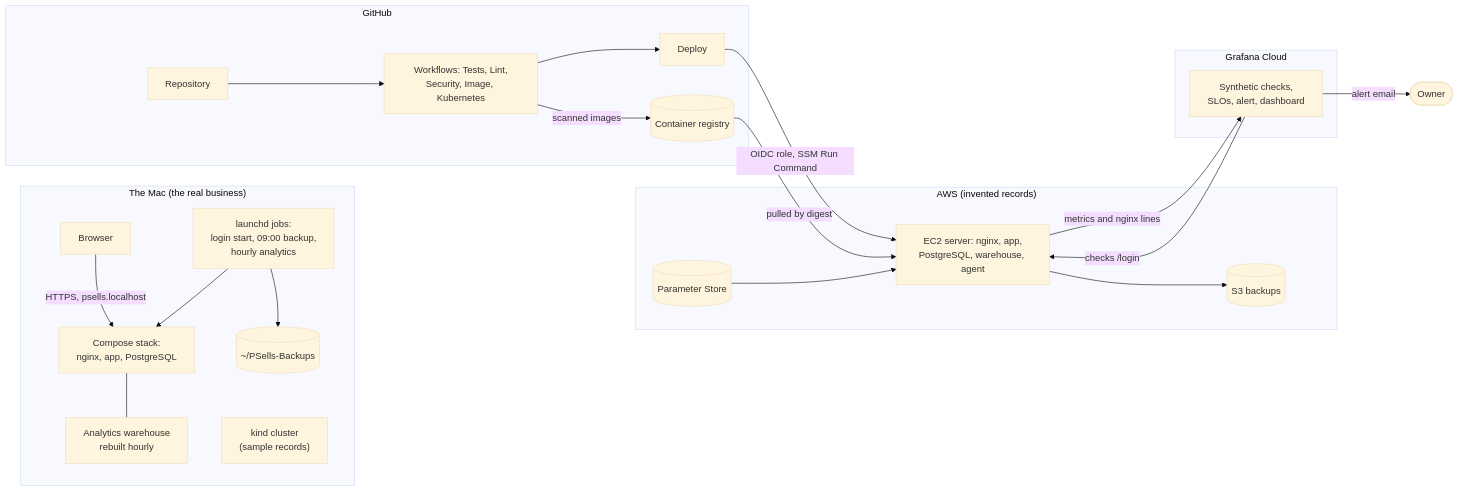
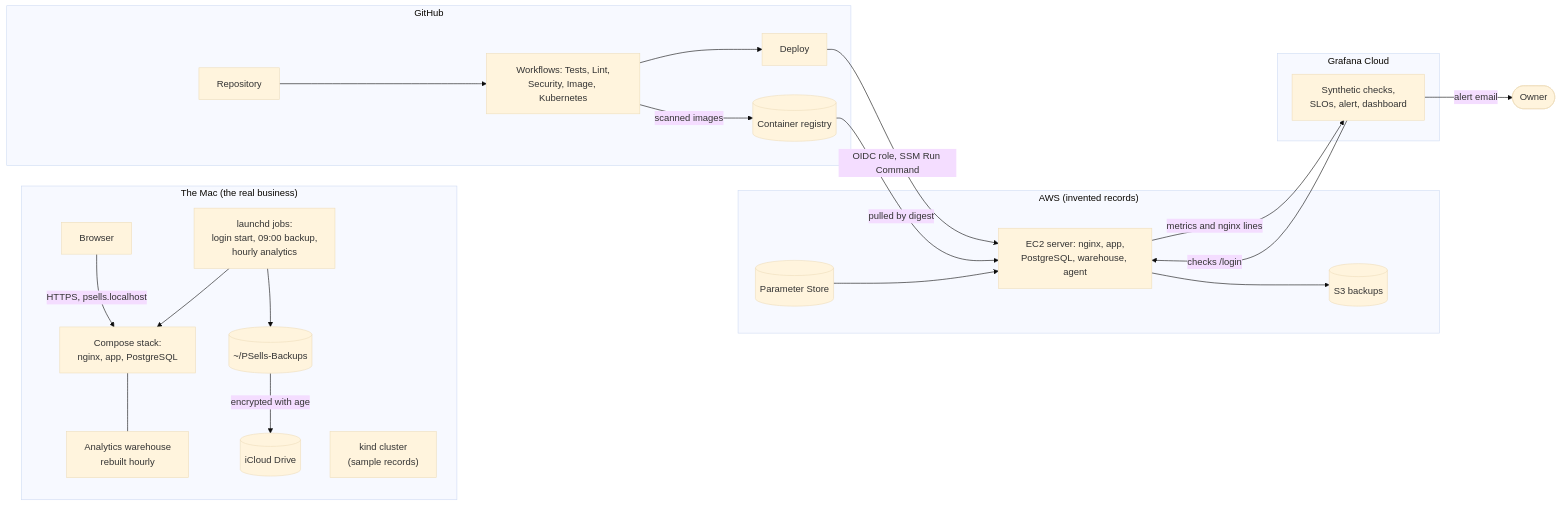
The first of 8 diagrams in ARCHITECTURE.md (pierremakhlouta/psells), drawn with Mermaid (base theme) before and after one commit. The commit also changed 2 other files, not shown here.

Commit message:
Put the architecture diagram on README's front page
The front page now shows the whole system at a glance: ARCHITECTURE.md's
first diagram, the Mac, GitHub, AWS and Grafana Cloud, under a short
heading that points to the seven others. The diagram gains the encrypted
copy of each backup in iCloud Drive, which it predated.

The two copies are held equal by a test, so the front page cannot drift
from the document it was taken from.

````diff
--- a/ARCHITECTURE.md
+++ b/ARCHITECTURE.md
@@ -16,34 +16,35 @@
 ```mermaid
 flowchart LR
     subgraph mac["The Mac (the real business)"]
         browser["Browser"] -->|"HTTPS, psells.localhost"| stack["Compose stack:<br/>nginx, app, PostgreSQL"]
         stack --- warehouse["Analytics warehouse<br/>rebuilt hourly"]
         jobs["launchd jobs:<br/>login start, 09:00 backup,<br/>hourly analytics"] --> stack
         jobs --> backups[("~/PSells-Backups")]
+        backups -->|"encrypted with age"| icloud[("iCloud Drive")]
         kind["kind cluster<br/>(sample records)"]
     end
 
     subgraph github["GitHub"]
         repo["Repository"] --> ci["Workflows: Tests, Lint,<br/>Security, Image, Kubernetes"]
         ci -->|"scanned images"| ghcr[("Container registry")]
         ci --> deploy["Deploy"]
     end
 
     subgraph aws["AWS (invented records)"]
         server["EC2 server: nginx, app,<br/>PostgreSQL, warehouse, agent"]
         params[("Parameter Store")]
         s3[("S3 backups")]
     end
 
     subgraph grafana["Grafana Cloud"]
         checks["Synthetic checks,<br/>SLOs, alert, dashboard"]
     end
 
     deploy -->|"OIDC role, SSM Run Command"| server
     ghcr -->|"pulled by digest"| server
     params --> server
     server --> s3
     server -->|"metrics and nginx lines"| checks
     checks -->|"checks /login"| server
     checks -->|"alert email"| owner(["Owner"])
 ```
````
